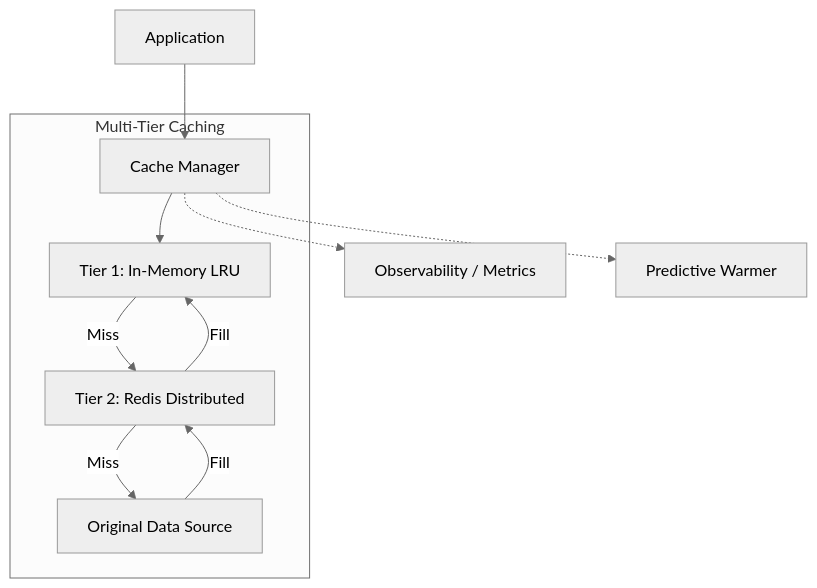
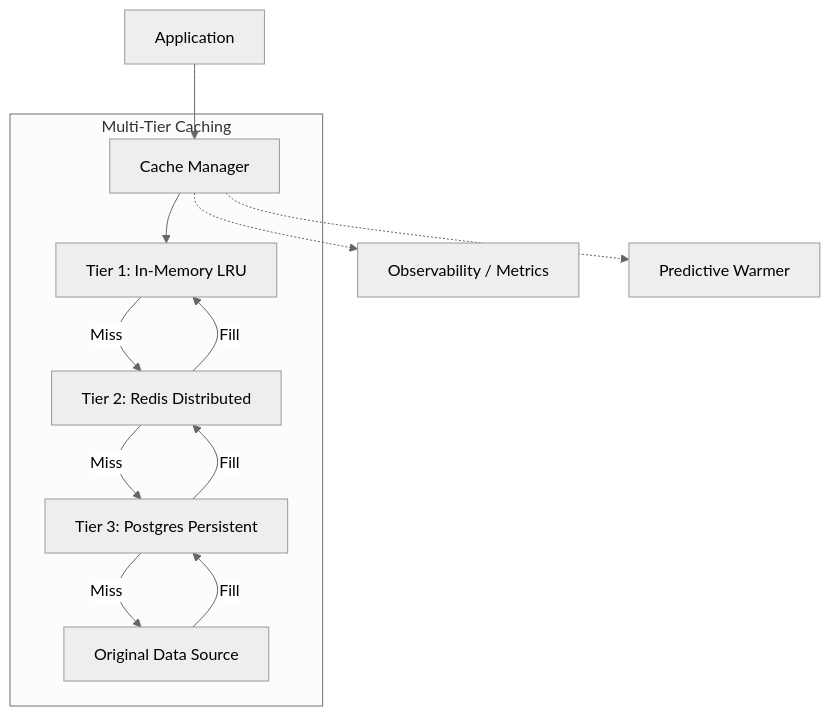
The diagram in src/cache/README.md (adiozdaniel/bongas-ai), drawn with Mermaid (neutral theme) before and after one commit. The commit also changed other lines of this file and 5 other files, not shown here.

````diff
--- a/src/cache/README.md
+++ b/src/cache/README.md
@@ -11,16 +11,18 @@
 ```mermaid
 graph TD
     App[Application] --> CM[Cache Manager]
     
     subgraph Multi-Tier Caching
         CM --> L1[Tier 1: In-Memory LRU]
         L1 -->|Miss| L2[Tier 2: Redis Distributed]
-        L2 -->|Miss| Data[Original Data Source]
+        L2 -->|Miss| L3[Tier 3: Postgres Persistent]
+        L3 -->|Miss| Data[Original Data Source]
     end
     
-    Data -->|Fill| L2
+    Data -->|Fill| L3
+    L3 -->|Fill| L2
     L2 -->|Fill| L1
     
     CM -.-> Metrics[Observability / Metrics]
     CM -.-> Warmer[Predictive Warmer]
 ```
````
